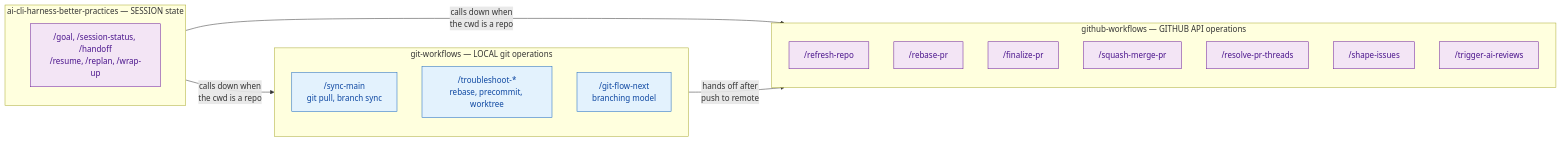
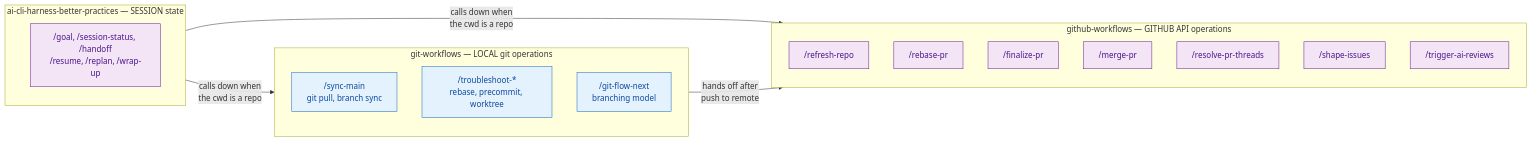
The second of 2 diagrams in git-workflows/ARCHITECTURE.md (dryvist/claude-code-plugins), drawn with Mermaid before and after one commit. The commit also changed other lines of this file and 14 other files, not shown here.

First line of the commit message:
refactor(github-workflows): rename squash-merge-pr to merge-pr, default to merge commit

````diff
--- a/git-workflows/ARCHITECTURE.md
+++ b/git-workflows/ARCHITECTURE.md
@@ -47,32 +47,32 @@
 ```mermaid
 flowchart LR
     classDef ai fill:#e3f2fd,stroke:#1565c0,color:#0d47a1
     classDef external fill:#f3e5f5,stroke:#6a1b9a,color:#4a148c
 
     subgraph harness["ai-cli-harness-better-practices — SESSION state"]
         direction TB
         cont["/goal, /session-status, /handoff\n/resume, /replan, /wrap-up"]:::external
     end
 
     subgraph local["git-workflows — LOCAL git operations"]
         direction TB
         sync_main["/sync-main\ngit pull, branch sync"]:::ai
         ts["/troubleshoot-*\nrebase, precommit, worktree"]:::ai
         git_flow["/git-flow-next\nbranching model"]:::ai
     end
 
     subgraph remote["github-workflows — GITHUB API operations"]
         direction TB
         refresh_repo["/refresh-repo"]:::external
         rebase_pr["/rebase-pr"]:::external
         finalize_pr["/finalize-pr"]:::external
-        squash_merge_pr["/squash-merge-pr"]:::external
+        merge_pr["/merge-pr"]:::external
         resolve_threads["/resolve-pr-threads"]:::external
         shape_issues["/shape-issues"]:::external
         trigger_reviews["/trigger-ai-reviews"]:::external
     end
 
     harness -- "calls down when\nthe cwd is a repo" --> local
     harness -- "calls down when\nthe cwd is a repo" --> remote
     local -- "hands off after\npush to remote" --> remote
 ```
````
